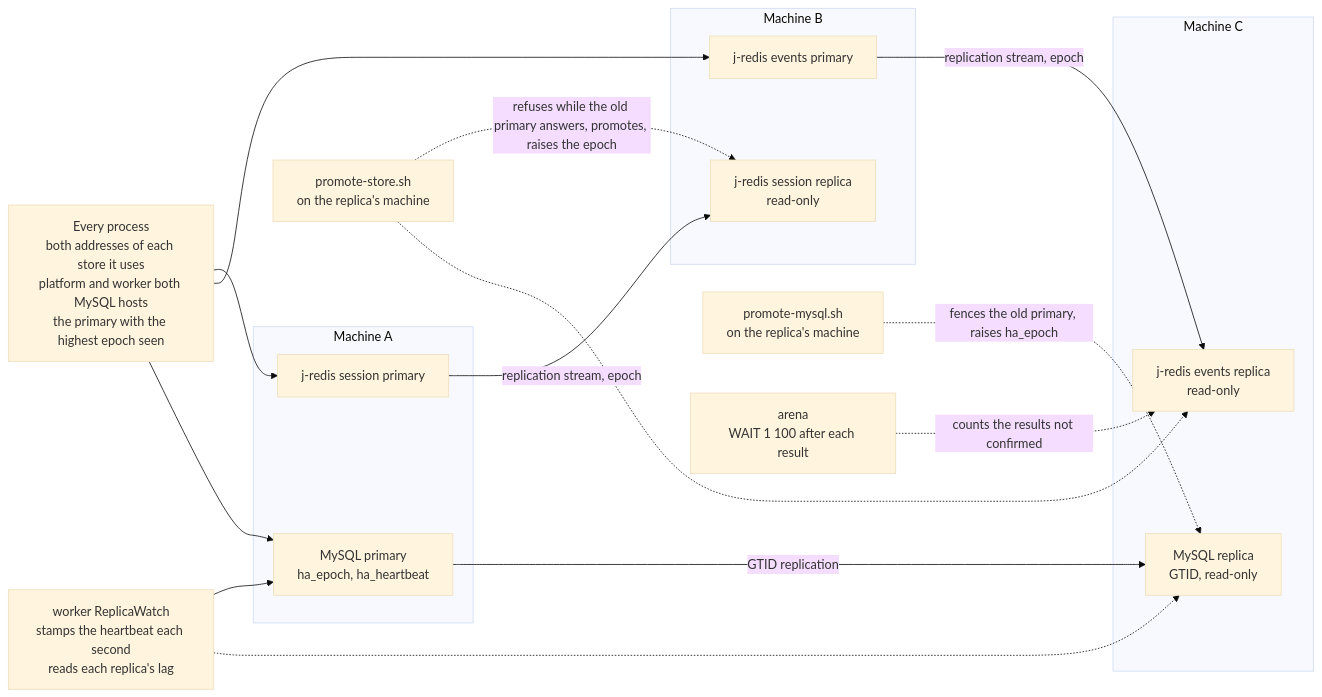
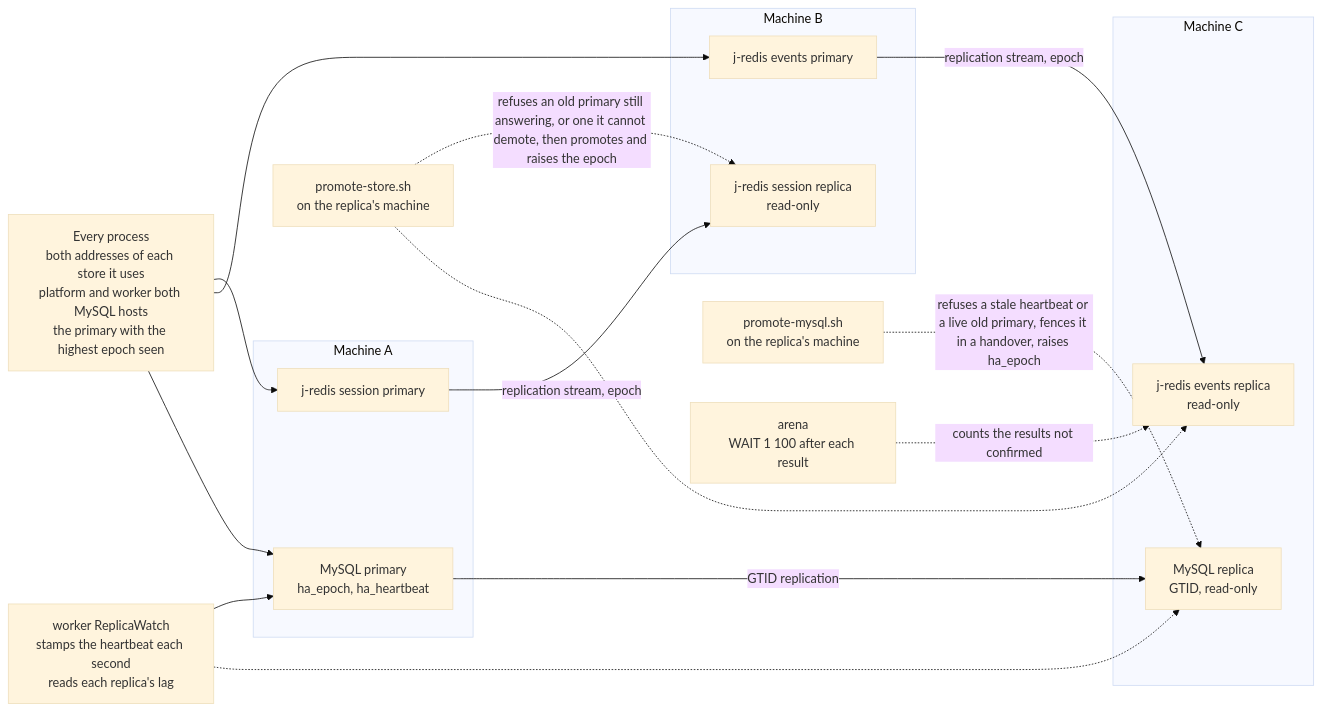
Before and after one commit to greensoft-atom/depio-simulation-platform: the fifth of 6 diagrams in docs/diagrams/01-system.md, drawn with Mermaid (base theme). The commit also changed other lines of this file and 121 other files, not shown here.

````diff
--- a/docs/diagrams/01-system.md
+++ b/docs/diagrams/01-system.md
@@ -203,32 +244,32 @@
 ```mermaid
 flowchart LR
     subgraph MA["Machine A"]
         sessP["j-redis session primary"]
         myP["MySQL primary<br/>ha_epoch, ha_heartbeat"]
     end
     subgraph MB["Machine B"]
         evP["j-redis events primary"]
         sessR["j-redis session replica<br/>read-only"]
     end
     subgraph MC["Machine C"]
         evR["j-redis events replica<br/>read-only"]
         myR["MySQL replica<br/>GTID, read-only"]
     end
     procs["Every process<br/>both addresses of each store it uses<br/>platform and worker both MySQL hosts<br/>the primary with the highest epoch seen"]
     promS["promote-store.sh<br/>on the replica's machine"]
     promM["promote-mysql.sh<br/>on the replica's machine"]
     watch["worker ReplicaWatch<br/>stamps the heartbeat each second<br/>reads each replica's lag"]
     arenaW["arena<br/>WAIT 1 100 after each result"]
     sessP -->|"replication stream, epoch"| sessR
     evP -->|"replication stream, epoch"| evR
     myP -->|"GTID replication"| myR
     procs --> sessP
     procs --> evP
     procs --> myP
-    promS -.->|"refuses while the old primary answers, promotes, raises the epoch"| sessR
+    promS -.->|"refuses an old primary still answering, or one it cannot demote, then promotes and raises the epoch"| sessR
     promS -.-> evR
-    promM -.->|"fences the old primary, raises ha_epoch"| myR
+    promM -.->|"refuses a stale heartbeat or a live old primary, fences it in a handover, raises ha_epoch"| myR
     watch --> myP
     watch -.-> myR
     arenaW -.->|"counts the results not confirmed"| evR
 ```
````
